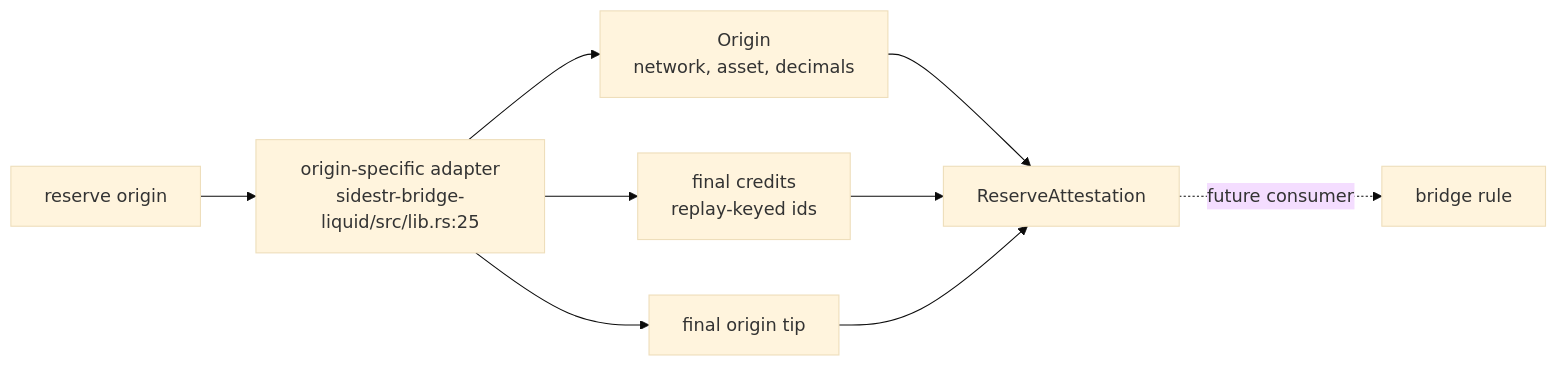
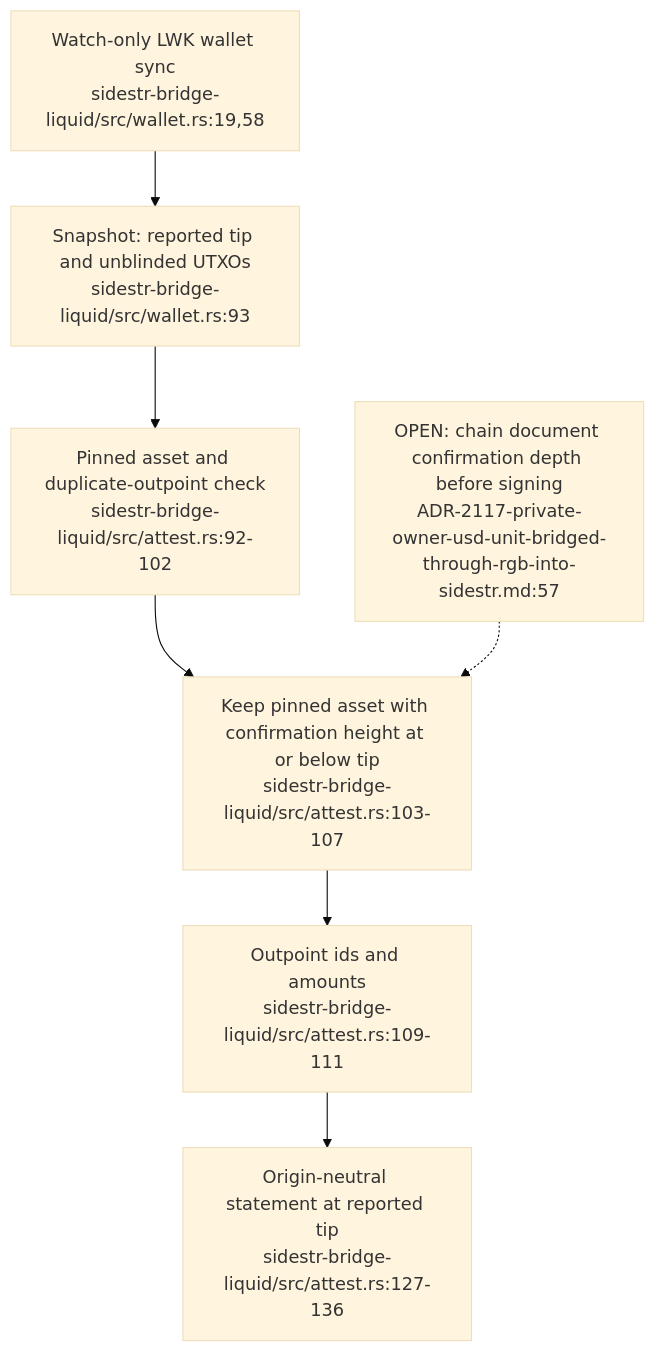
One commit to DreamLab-AI/VisionFlow changed the first of 3 diagrams in docs/diagrams/sidestr-rs/05-reserve-attestation-and-liquid-adapter.md. Above: the diagram before and after it, drawn with Mermaid (base theme). The commit also changed other lines of this file and 29 other files, not shown here.

Commit message:
Audit reserve attestation policy boundaries and reconcile SideStr diagrams

````diff
--- a/docs/diagrams/sidestr-rs/05-reserve-attestation-and-liquid-adapter.md
+++ b/docs/diagrams/sidestr-rs/05-reserve-attestation-and-liquid-adapter.md
@@ -28,11 +33,9 @@
 ```mermaid
-flowchart LR
-    O["reserve origin"] --> AD["origin-specific adapter<br/>sidestr-bridge-liquid/src/lib.rs:25"]
-    AD --> OR["Origin<br/>network, asset, decimals"]
-    AD --> CR["final credits<br/>replay-keyed ids"]
-    AD --> TIP["final origin tip"]
-    OR --> AT["ReserveAttestation"]
-    CR --> AT
-    TIP --> AT
-    AT -. "future consumer" .-> BR["bridge rule"]
+flowchart TB
+    SYNC["Watch-only LWK wallet sync<br/>sidestr-bridge-liquid/src/wallet.rs:19,58"] --> SNAP["Snapshot: reported tip and unblinded UTXOs<br/>sidestr-bridge-liquid/src/wallet.rs:93"]
+    SNAP --> DUP["Pinned asset and duplicate-outpoint check<br/>sidestr-bridge-liquid/src/attest.rs:92-102"]
+    DUP --> FILTER["Keep pinned asset with confirmation height at or below tip<br/>sidestr-bridge-liquid/src/attest.rs:103-107"]
+    FILTER --> CREDIT["Outpoint ids and amounts<br/>sidestr-bridge-liquid/src/attest.rs:109-111"]
+    CREDIT --> STATEMENT["Origin-neutral statement at reported tip<br/>sidestr-bridge-liquid/src/attest.rs:127-136"]
+    DEPTH["OPEN: chain document confirmation depth before signing<br/>ADR-2117-private-owner-usd-unit-bridged-through-rgb-into-sidestr.md:57"] -.-> FILTER
 ```
````
